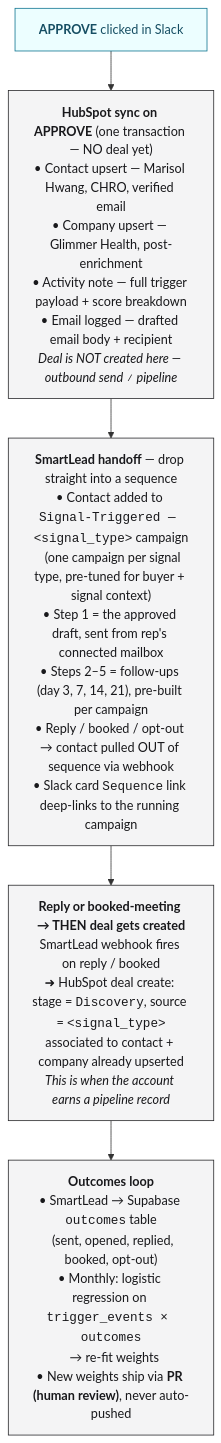
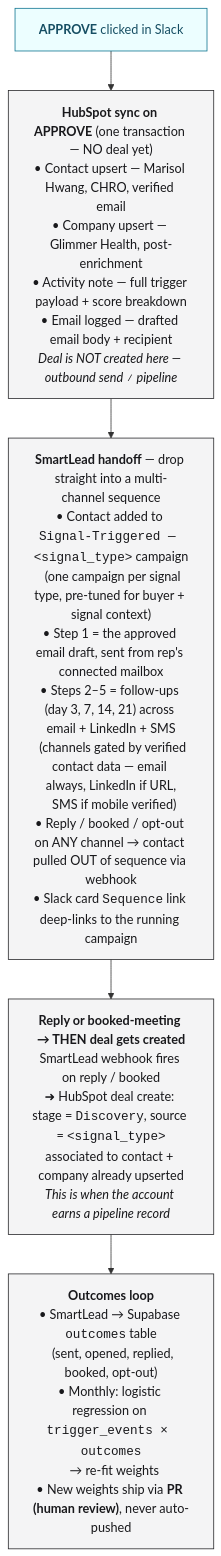
One commit to ari-davis-debug/mento-gtm-case-study changed the third of 3 diagrams in case-study/part3-buying-signal-workflow.md. Above: the diagram before and after it, drawn with Mermaid. The commit also changed other lines of this file and 10 other files, not shown here.

First line of the commit message:
case-study: timeline extension, archetype-only ICP, multi-channel sequencer

````diff
--- a/case-study/part3-buying-signal-workflow.md
+++ b/case-study/part3-buying-signal-workflow.md
@@ -354,17 +356,17 @@
 ```mermaid
 flowchart TD
     A["<b>APPROVE</b> clicked in Slack"]
 
     A --> B["<b>HubSpot sync on APPROVE</b> (one transaction — NO deal yet)<br/>• Contact upsert — Marisol Hwang, CHRO, verified email<br/>• Company upsert — Glimmer Health, post-enrichment<br/>• Activity note — full trigger payload + score breakdown<br/>• Email logged — drafted email body + recipient<br/><i>Deal is NOT created here — outbound send ≠ pipeline</i>"]
 
-    B --> C["<b>SmartLead handoff</b> — drop straight into a sequence<br/>• Contact added to <code>Signal-Triggered — &lt;signal_type&gt;</code> campaign<br/>  (one campaign per signal type, pre-tuned for buyer + signal context)<br/>• Step 1 = the approved draft, sent from rep's connected mailbox<br/>• Steps 2–5 = follow-ups (day 3, 7, 14, 21), pre-built per campaign<br/>• Reply / booked / opt-out → contact pulled OUT of sequence via webhook<br/>• Slack card <code>Sequence</code> link deep-links to the running campaign"]
+    B --> C["<b>SmartLead handoff</b> — drop straight into a multi-channel sequence<br/>• Contact added to <code>Signal-Triggered — &lt;signal_type&gt;</code> campaign<br/>  (one campaign per signal type, pre-tuned for buyer + signal context)<br/>• Step 1 = the approved email draft, sent from rep's connected mailbox<br/>• Steps 2–5 = follow-ups (day 3, 7, 14, 21) across email + LinkedIn + SMS<br/>  (channels gated by verified contact data — email always, LinkedIn if URL,<br/>  SMS if mobile verified)<br/>• Reply / booked / opt-out on ANY channel → contact pulled OUT of sequence via webhook<br/>• Slack card <code>Sequence</code> link deep-links to the running campaign"]
 
     C --> D["<b>Reply or booked-meeting → THEN deal gets created</b><br/>SmartLead webhook fires on reply / booked<br/>➜ HubSpot deal create: stage = <code>Discovery</code>, source = <code>&lt;signal_type&gt;</code><br/>associated to contact + company already upserted<br/><i>This is when the account earns a pipeline record</i>"]
 
     D --> E["<b>Outcomes loop</b><br/>• SmartLead → Supabase <code>outcomes</code> table<br/>  (sent, opened, replied, booked, opt-out)<br/>• Monthly: logistic regression on <code>trigger_events × outcomes</code><br/>  → re-fit weights<br/>• New weights ship via <b>PR (human review)</b>, never auto-pushed"]
 
     classDef stage fill:#f4f4f5,stroke:#27272a,stroke-width:1px,color:#18181b;
     classDef trigger fill:#ecfeff,stroke:#0e7490,stroke-width:1px,color:#164e63;
     class A trigger;
     class B,C,D,E stage;
 ```
````
